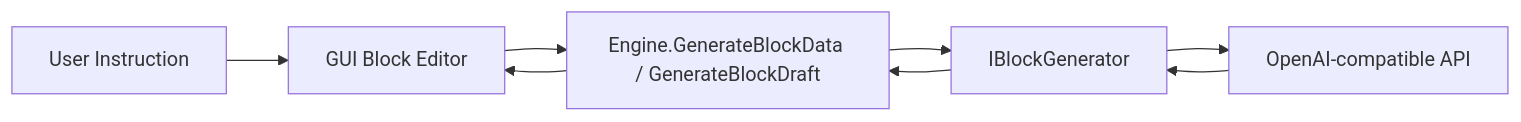
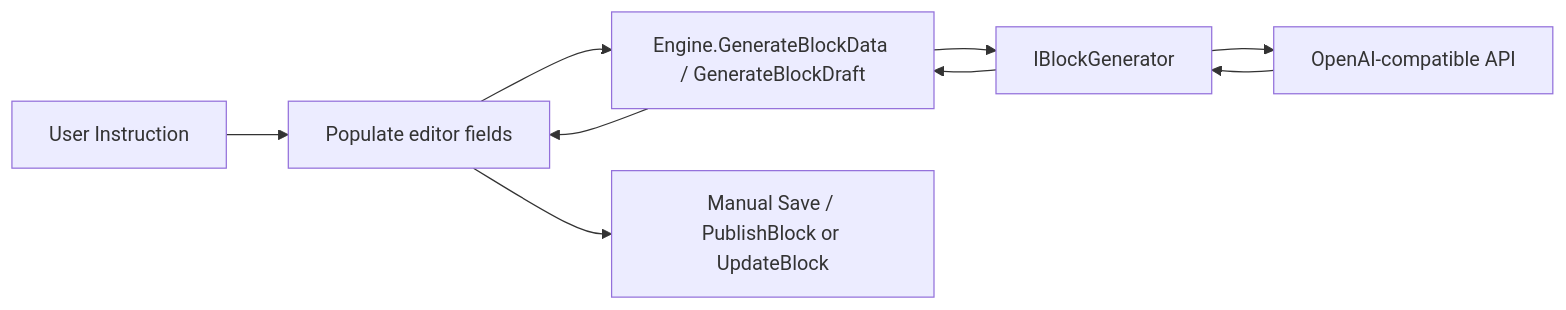
The diagram in doc/modules/ROOT/pages/project/functions/block-generation/system-design.adoc (Artem535/TextFoundry), drawn with Mermaid before and after one commit. The commit also changed other lines of this file and 45 other files, not shown here.

```diff
--- a/doc/modules/ROOT/pages/project/functions/block-generation/system-design.adoc
+++ b/doc/modules/ROOT/pages/project/functions/block-generation/system-design.adoc
@@ -34,11 +36,12 @@
 [mermaid]
 ----
 flowchart LR
   User["User Instruction"] --> GUI["GUI Block Editor"]
   GUI --> Engine["Engine.GenerateBlockData / GenerateBlockDraft"]
   Engine --> Generator["IBlockGenerator"]
   Generator --> Provider["OpenAI-compatible API"]
   Provider --> Generator
   Generator --> Engine
-  Engine --> GUI
+  Engine --> GUI["Populate editor fields"]
+  GUI --> Save["Manual Save / PublishBlock or UpdateBlock"]
 ----
```
